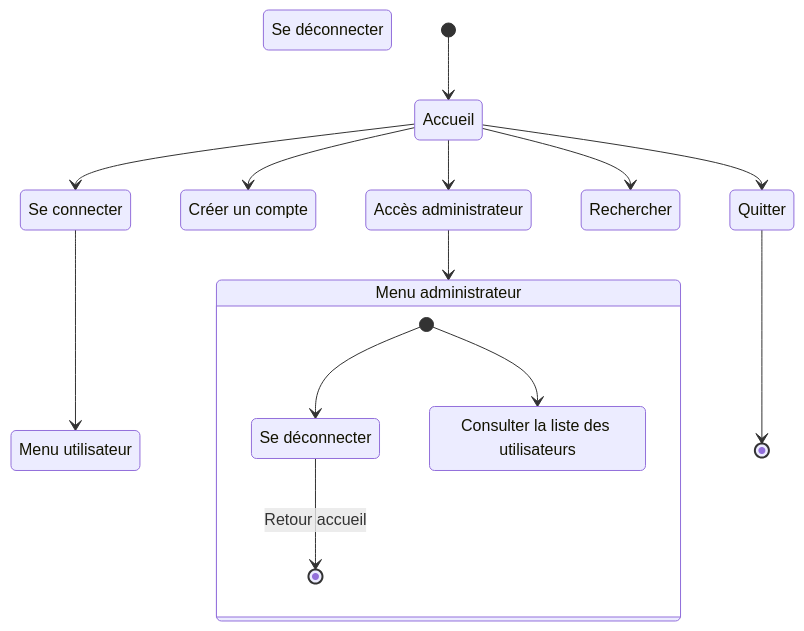
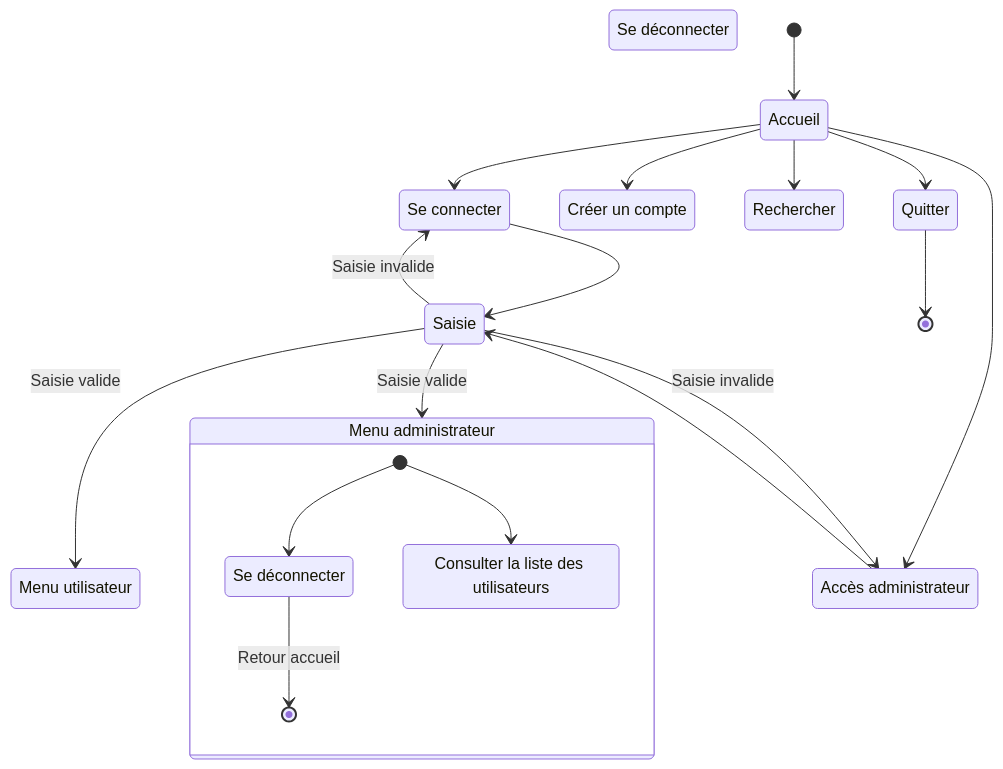
One commit to bbrunel/ENSAI-2A-projet-info changed the fifth of 5 diagrams in doc/diag_activites.md. Above: the diagram before and after it, drawn with Mermaid.

Commit message:
Saisies diag act

````diff
--- a/doc/diag_activites.md
+++ b/doc/diag_activites.md
@@ -193,33 +193,37 @@
 ```mermaid
 stateDiagram
     login : Se connecter
     menu_utilisateur : Menu utilisateur
     logon : Créer un compte
     logout : Se déconnecter
     admin : Accès administrateur
     admin_out : Se déconnecter
     list_utilisateurs : Consulter la liste des utilisateurs
     menu_admin : Menu administrateur
     
     [*] --> Accueil
     
     Accueil --> Rechercher
 
     Accueil --> login
-    login --> menu_utilisateur
+    login --> Saisie
+    Saisie --> menu_utilisateur: Saisie valide
+    Saisie --> login: Saisie invalide
     
     Accueil --> logon
 
     Accueil --> admin
-    admin --> menu_admin
+    admin --> Saisie
+    Saisie --> menu_admin: Saisie valide
+    Saisie --> admin: Saisie invalide
     
     Accueil --> Quitter
     Quitter --> [*]
 
     state menu_admin {
       [*] --> list_utilisateurs
       [*] --> admin_out
       admin_out --> [*]: Retour accueil
     }
 
 ```
````
